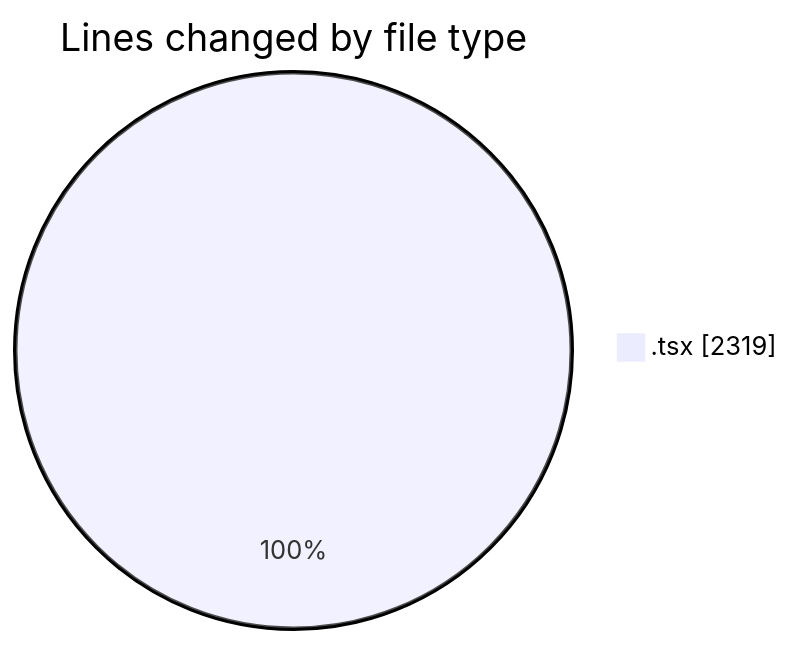
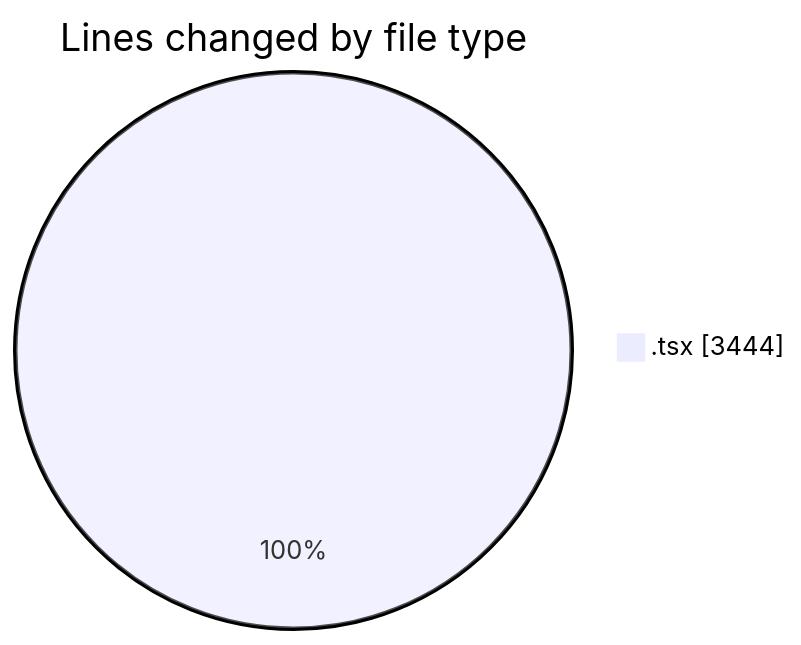
The first of 2 diagrams in 2026-07-09/nxtqube_webapp/README.md (nxtqubesakshisongat/code-tracking), drawn with Mermaid before and after one commit. The commit also changed other lines of this file and 1 other file, not shown here.

````diff
--- a/2026-07-09/nxtqube_webapp/README.md
+++ b/2026-07-09/nxtqube_webapp/README.md
@@ -28,5 +30,5 @@
 ```mermaid
 pie showData
 title Lines changed by file type
-".tsx" : 2319
+".tsx" : 3444
 ```
````
